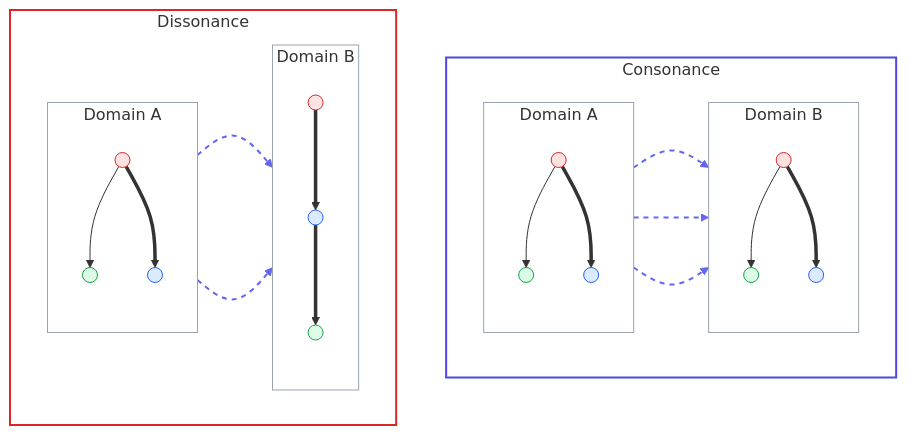
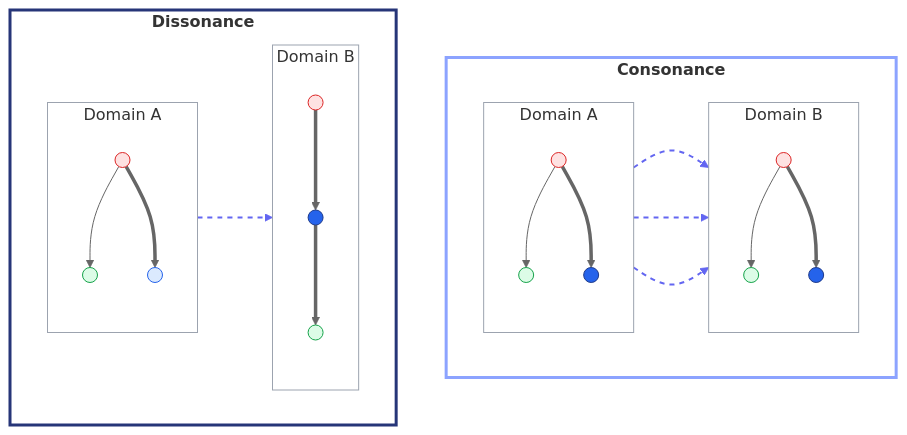
The fourth of 8 diagrams in content/commons/01-overview.mdx (clairemira/miranova), drawn with Mermaid before and after one commit. The commit also changed other lines of this file, not shown here.

Commit message:
Updated docs and added more graphs

````diff
--- a/content/commons/01-overview.mdx
+++ b/content/commons/01-overview.mdx
@@ -484,64 +459,71 @@
 ```mermaid
+---
+config:
+  flowchart:
+    curve: basis
+  theme: neutral
+---
 flowchart TB
-  subgraph CON["Consonance"]
+  subgraph CON["<strong>Consonance</strong>"]
     direction LR
     subgraph CA["Domain A"]
       direction TB
       CA1(( ))
       CA2(( ))
       CA3(( ))
       CA1 --> CA2
       CA1 ==> CA3
     end
     subgraph CB["Domain B"]
       direction TB
       CB1(( ))
       CB2(( ))
       CB3(( ))
       CB1 --> CB2
       CB1 ==> CB3
     end
     CA1 -.-> CB1
     CA2 -.-> CB2
     CA3 -.-> CB3
   end
 
-  subgraph DIS["Dissonance"]
+  subgraph DIS["<strong>Dissonance</strong>"]
     direction LR
     subgraph DA["Domain A"]
       direction TB
       DA1(( ))
       DA2(( ))
       DA3(( ))
       DA1 --> DA2
       DA1 ==> DA3
     end
     subgraph DB["Domain B"]
       direction TB
       DB1(( ))
       DB2(( ))
       DB3(( ))
       DB1 ==> DB2
       DB2 ==> DB3
     end
     DA1 -.-> DB1
-    DA3 -.-> DB2
   end
 
   class CA1,CB1,DA1,DB1 rNode
   class CA2,CB2,DA2,DB3 gNode
-  class CA3,CB3,DA3,DB2 bNode
+  class DA3 bNode
+  class CA3,CB3,DB2 bSolid
 
   classDef rNode fill:#fee2e2,stroke:#dc2626,color:#7f1d1d
   classDef gNode fill:#dcfce7,stroke:#16a34a,color:#14532d
   classDef bNode fill:#dbeafe,stroke:#2563eb,color:#1e3a8a
+  classDef bSolid fill:#2563eb,stroke:#1e3a8a,color:#fff
 
-  linkStyle 4,5,6,11,12 stroke:#6366f1,stroke-width:2px,stroke-dasharray:5 5
+  linkStyle 4,5,6,11 stroke:#6366f1,stroke-width:2px,stroke-dasharray:5 5
 
   style CA fill:transparent,stroke:#9ca3af
   style CB fill:transparent,stroke:#9ca3af
   style DA fill:transparent,stroke:#9ca3af
   style DB fill:transparent,stroke:#9ca3af
-  style CON fill:transparent,stroke:#4f46e5,stroke-width:2px
-  style DIS fill:transparent,stroke:#dc2626,stroke-width:2px
+  style CON fill:transparent,stroke:#8ca3ff,stroke-width:3px
+  style DIS fill:transparent,stroke:#263578,stroke-width:3px
 ```
````
